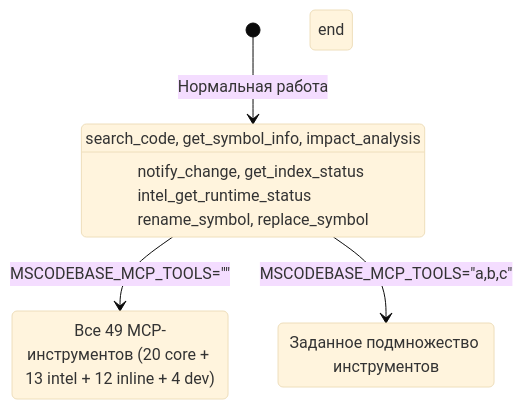
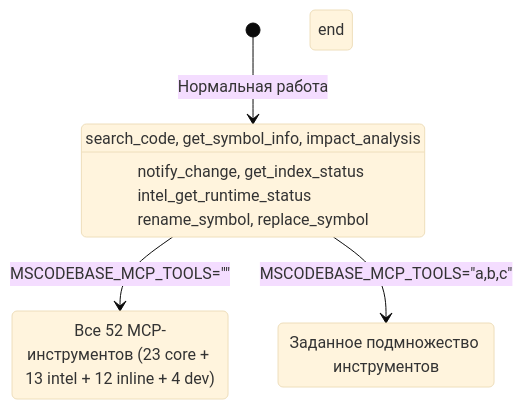
Before and after one commit to ManSio/mscodebase-intelligence: the third of 4 diagrams in docs/ru/GRACEFUL_DEGRADATION.md, drawn with Mermaid (base theme). The commit also changed 43 other files, not shown here.

````diff
--- a/docs/ru/GRACEFUL_DEGRADATION.md
+++ b/docs/ru/GRACEFUL_DEGRADATION.md
@@ -84,22 +84,22 @@
 ```mermaid
 stateDiagram-v2
     [*] --> DEFAULT_TOOLS: Нормальная работа
 
     state DEFAULT_TOOLS[Видимо: 12 инструментов]
         DEFAULT_TOOLS: search_code, get_symbol_info, impact_analysis
         DEFAULT_TOOLS: notify_change, get_index_status
         DEFAULT_TOOLS: intel_get_runtime_status
         DEFAULT_TOOLS: rename_symbol, replace_symbol
     end
 
     DEFAULT_TOOLS --> ALL_TOOLS: MSCODEBASE_MCP_TOOLS=""
     DEFAULT_TOOLS --> CUSTOM_TOOLS: MSCODEBASE_MCP_TOOLS="a,b,c"
 
-    state ALL_TOOLS[Видимо: 49 инструментов]
-        ALL_TOOLS: Все 49 MCP-инструментов (20 core + 13 intel + 12 inline + 4 dev)
+    state ALL_TOOLS[Видимо: 52 инструментов]
+        ALL_TOOLS: Все 52 MCP-инструментов (23 core + 13 intel + 12 inline + 4 dev)
     end
 
     state CUSTOM_TOOLS[Пользовательский выбор]
         CUSTOM_TOOLS: Заданное подмножество инструментов
     end
 ```
````
